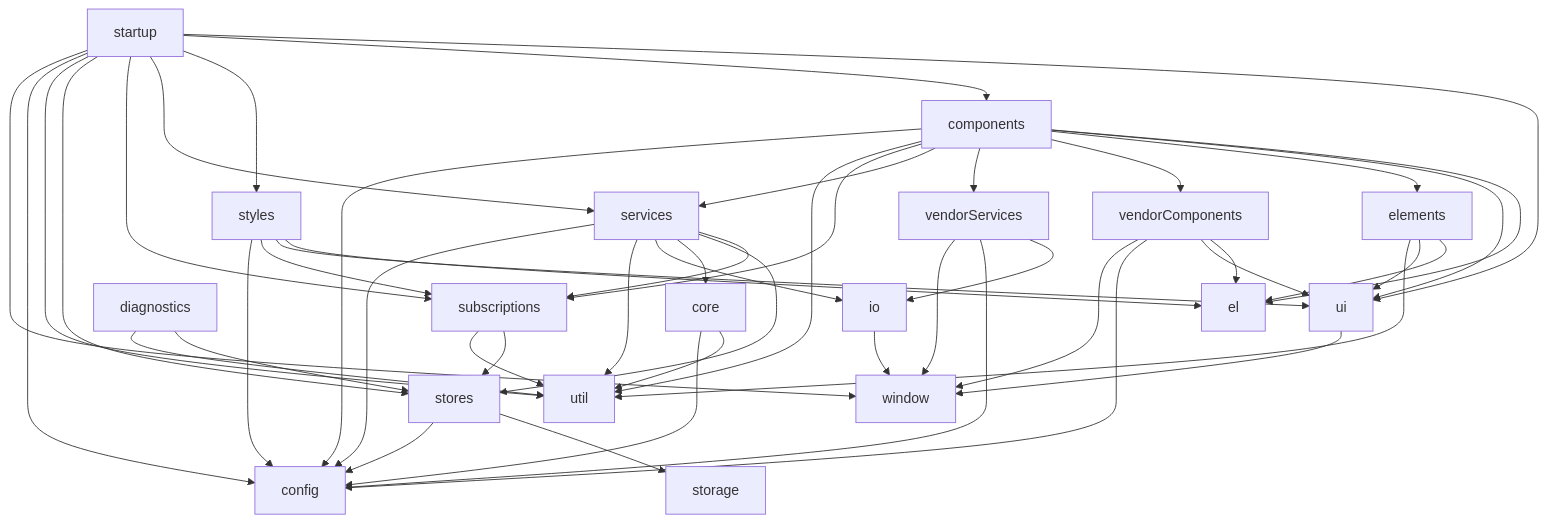
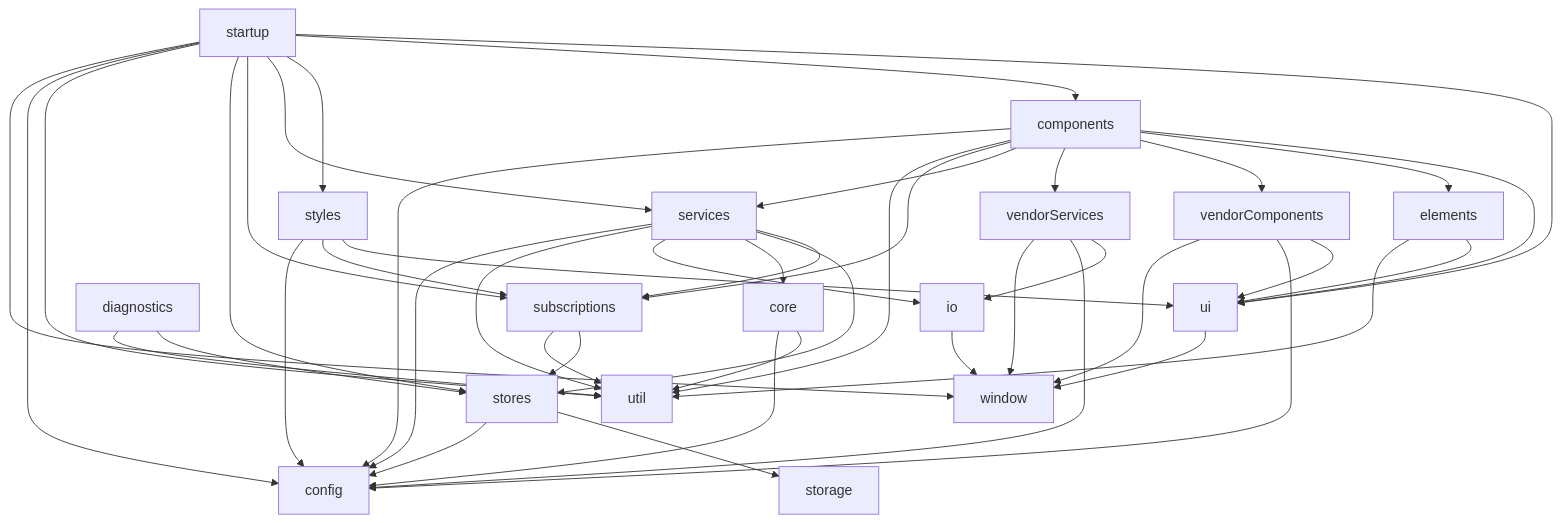
Before and after one commit to mattriley/node-module-composer: the sixth of 6 diagrams in README.md, drawn with Mermaid. The commit also changed other lines of this file and 1 other file, not shown here.

````diff
--- a/README.md
+++ b/README.md
@@ -474,51 +475,47 @@
 ```mermaid
 graph TD;
-    components-->el;
     components-->ui;
     components-->elements;
     components-->vendorComponents;
     components-->vendorServices;
     components-->services;
     components-->subscriptions;
     components-->util;
     components-->config;
     core-->util;
     core-->config;
     diagnostics-->stores;
     diagnostics-->util;
-    elements-->el;
     elements-->ui;
     elements-->util;
     io-->window;
     services-->subscriptions;
     services-->stores;
     services-->core;
     services-->io;
     services-->util;
     services-->config;
     startup-->ui;
     startup-->components;
     startup-->styles;
     startup-->services;
     startup-->subscriptions;
     startup-->stores;
     startup-->util;
     startup-->config;
     startup-->window;
     stores-->storage;
     stores-->config;
-    styles-->el;
     styles-->ui;
     styles-->subscriptions;
     styles-->config;
     subscriptions-->stores;
     subscriptions-->util;
     ui-->window;
-    vendorComponents-->el;
     vendorComponents-->ui;
     vendorComponents-->config;
     vendorComponents-->window;
     vendorServices-->io;
     vendorServices-->config;
     vendorServices-->window;
 ```
````
